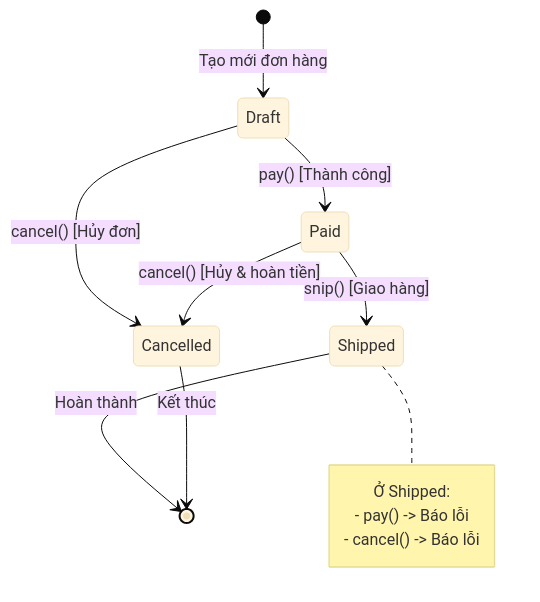
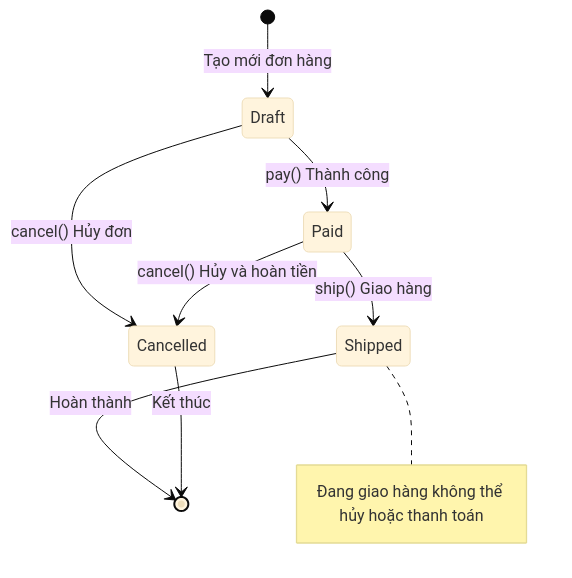
The ninth of 12 diagrams in dev-blog-client/docs/DESIGN_PATTERNS_TYPESCRIPT.md (congphu97/dev-blog-client-2.0), drawn with Mermaid (base theme) before and after one commit. The commit also changed other lines of this file and 26 other files, not shown here.

````diff
--- a/dev-blog-client/docs/DESIGN_PATTERNS_TYPESCRIPT.md
+++ b/dev-blog-client/docs/DESIGN_PATTERNS_TYPESCRIPT.md
@@ -593,18 +593,14 @@
 ```mermaid
 stateDiagram-v2
     [*] --> Draft : Tạo mới đơn hàng
-    Draft --> Paid : pay() [Thành công]
-    Draft --> Cancelled : cancel() [Hủy đơn]
+    Draft --> Paid : pay() Thành công
+    Draft --> Cancelled : cancel() Hủy đơn
 
-    Paid --> Shipped : ship() [Giao hàng]
-    Paid --> Cancelled : cancel() [Hủy & hoàn tiền]
+    Paid --> Shipped : ship() Giao hàng
+    Paid --> Cancelled : cancel() Hủy và hoàn tiền
 
     Shipped --> [*] : Hoàn thành
     Cancelled --> [*] : Kết thúc
 
-    note right of Shipped
-        Ở Shipped:
-        - pay() -> Báo lỗi
-        - cancel() -> Báo lỗi
-    end note
+    note right of Shipped : Đang giao hàng không thể hủy hoặc thanh toán
 ```
````
